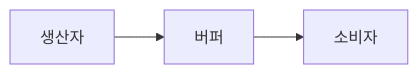
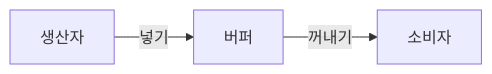
Before and after one commit to Byeongchan99/CS-Card: the second of 3 diagrams in summary-notes/운영체제.md, drawn with Mermaid. The commit also changed other lines of this file and 1 other file, not shown here.

````diff
--- a/summary-notes/운영체제.md
+++ b/summary-notes/운영체제.md
@@ -116,4 +116,5 @@
 ```mermaid
 flowchart LR
-    P["생산자"] --> B["버퍼"] --> C["소비자"]
+    P["생산자"] -->|넣기| B["버퍼"]
+    B -->|꺼내기| C["소비자"]
 ```
````
